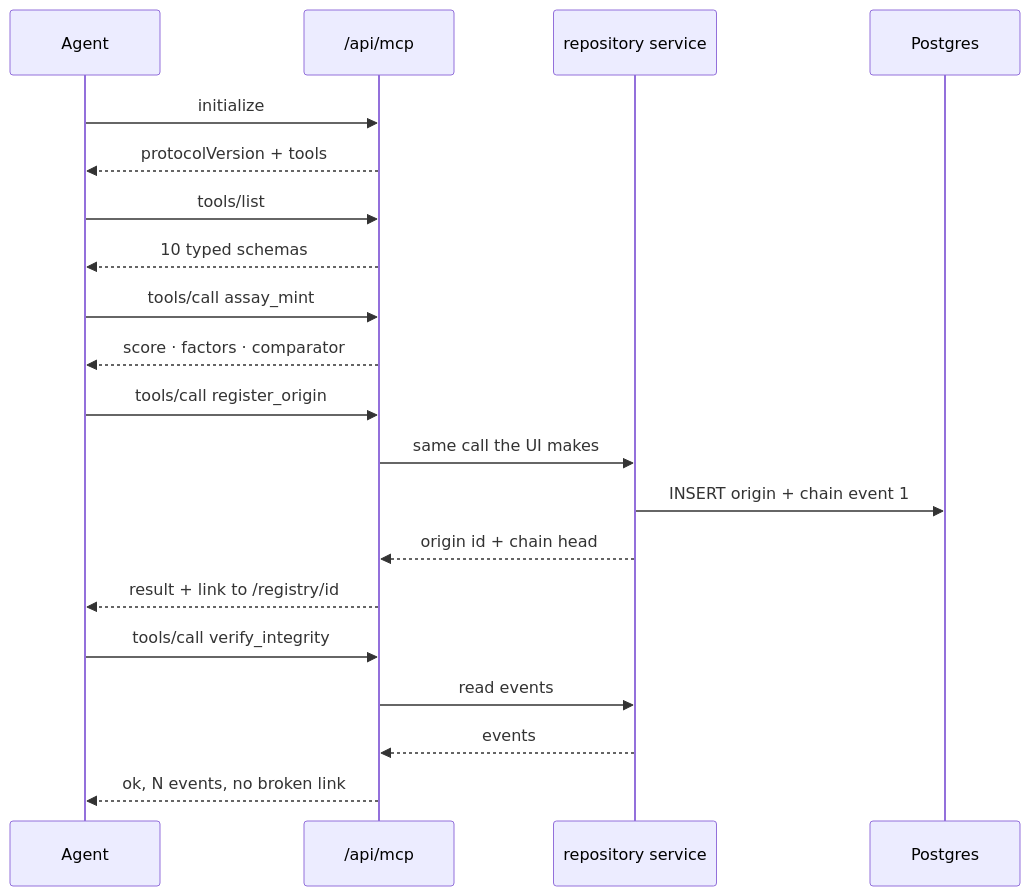
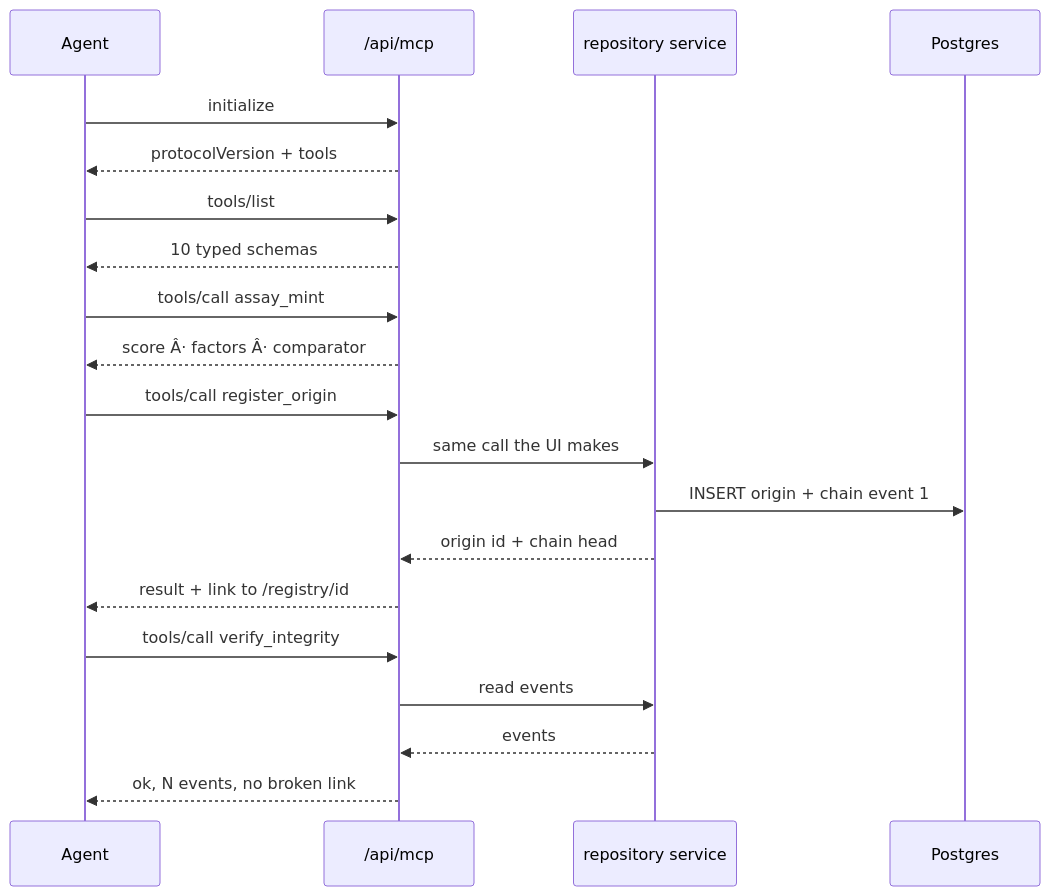
The fifth of 8 diagrams in README.md (aniruddhaadak80/mintline), drawn with Mermaid before and after one commit. The commit also changed other lines of this file and 3 other files, not shown here.

````diff
--- a/README.md
+++ b/README.md
@@ -390,22 +390,22 @@
 ```mermaid
 sequenceDiagram
   participant C as Agent
   participant M as /api/mcp
   participant S as repository service
   participant D as Postgres
   C->>M: initialize
   M-->>C: protocolVersion + tools
   C->>M: tools/list
   M-->>C: 10 typed schemas
   C->>M: tools/call assay_mint
-  M-->>C: score · factors · comparator
+  M-->>C: score Â· factors Â· comparator
   C->>M: tools/call register_origin
   M->>S: same call the UI makes
   S->>D: INSERT origin + chain event 1
   S-->>M: origin id + chain head
   M-->>C: result + link to /registry/id
   C->>M: tools/call verify_integrity
   M->>S: read events
   S-->>M: events
   M-->>C: ok, N events, no broken link
 ```
````
